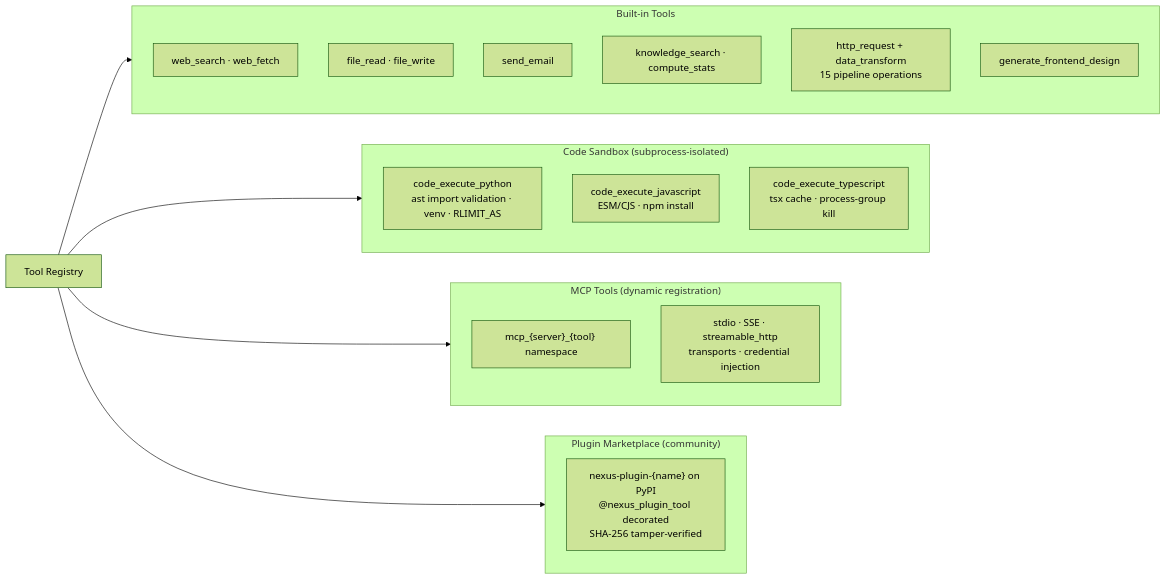
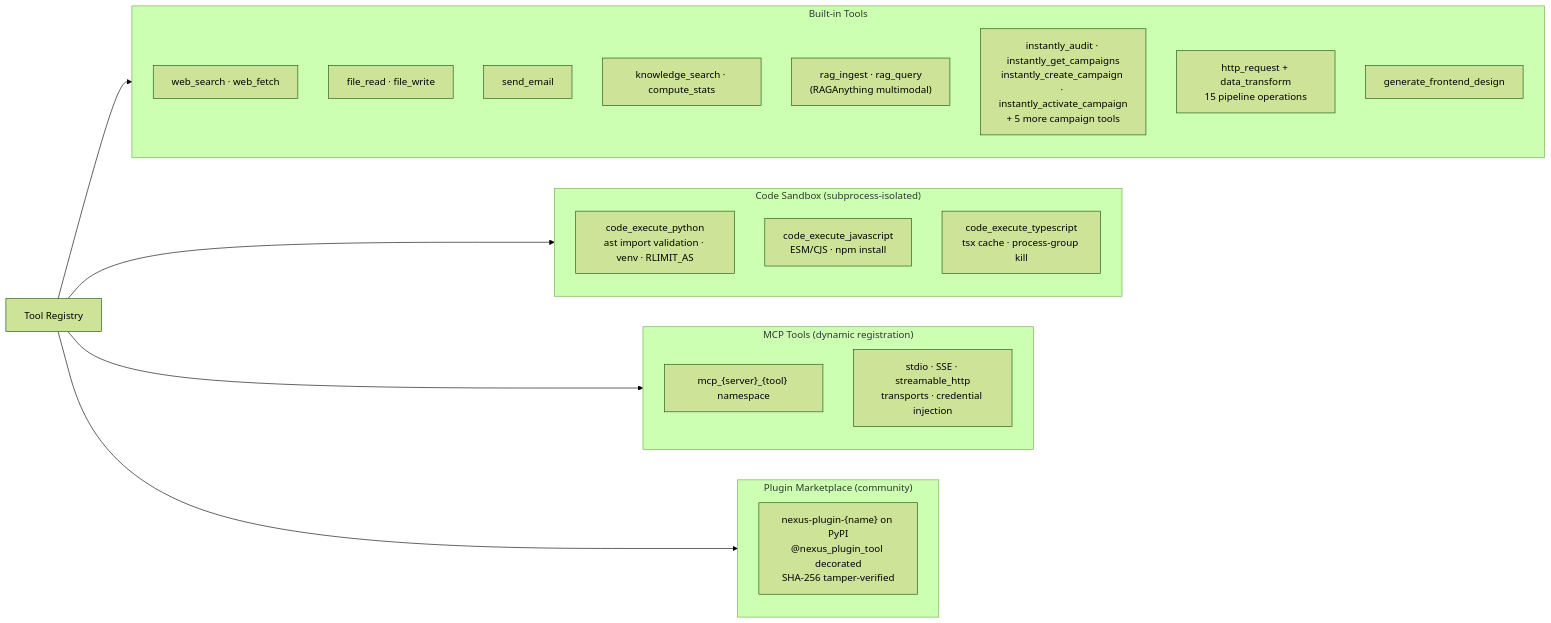
One commit to BrandonToddJackson/nexus-notarized-ai-execution changed the fourth of 5 diagrams in README.md. Above: the diagram before and after it, drawn with Mermaid (forest theme). The commit also changed other lines of this file and 16 other files, not shown here.

First line of the commit message:
feat(tools): RAG knowledge tools + Instantly.ai campaign automation

````diff
--- a/README.md
+++ b/README.md
@@ -193,31 +193,33 @@
 ```mermaid
 flowchart LR
     subgraph BUILTIN["Built-in Tools"]
         WS[web_search · web_fetch]
         FILE[file_read · file_write]
         COMMS[send_email]
         DATA[knowledge_search · compute_stats]
+        RAG["rag_ingest · rag_query\n(RAGAnything multimodal)"]
+        INSTANTLY["instantly_audit · instantly_get_campaigns\ninstantly_create_campaign · instantly_activate_campaign\n+ 5 more campaign tools"]
         HTTP[http_request + data_transform\n15 pipeline operations]
         FE[generate_frontend_design]
     end
 
     subgraph SANDBOX["Code Sandbox (subprocess-isolated)"]
         PY["code_execute_python\nast import validation · venv · RLIMIT_AS"]
         JS["code_execute_javascript\nESM/CJS · npm install"]
         TS["code_execute_typescript\ntsx cache · process-group kill"]
     end
 
     subgraph MCP_TOOLS["MCP Tools (dynamic registration)"]
         MCPN["mcp_{server}_{tool} namespace"]
         MCPE["stdio · SSE · streamable_http\ntransports · credential injection"]
     end
 
     subgraph MARKET["Plugin Marketplace (community)"]
         PKG["nexus-plugin-{name} on PyPI\n@nexus_plugin_tool decorated\nSHA-256 tamper-verified"]
     end
 
     TR[Tool Registry] --> BUILTIN
     TR --> SANDBOX
     TR --> MCP_TOOLS
     TR --> MARKET
 ```
````
